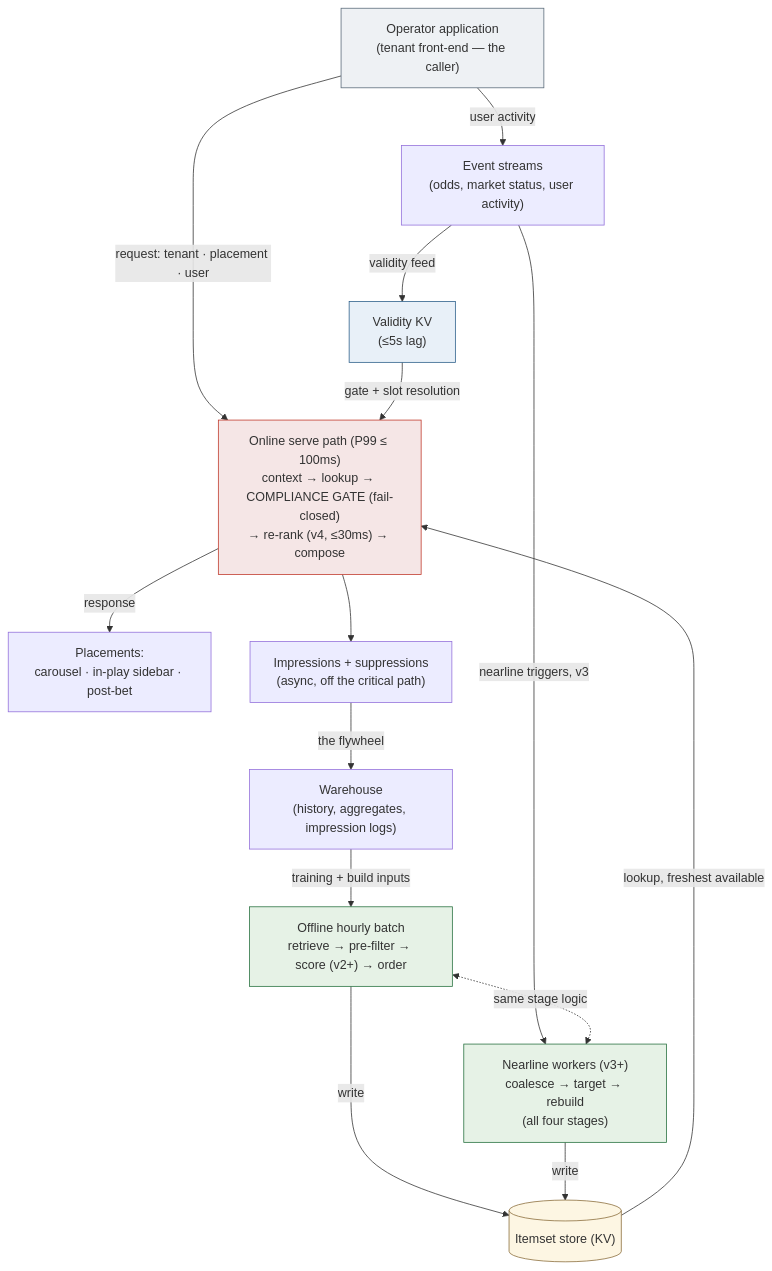
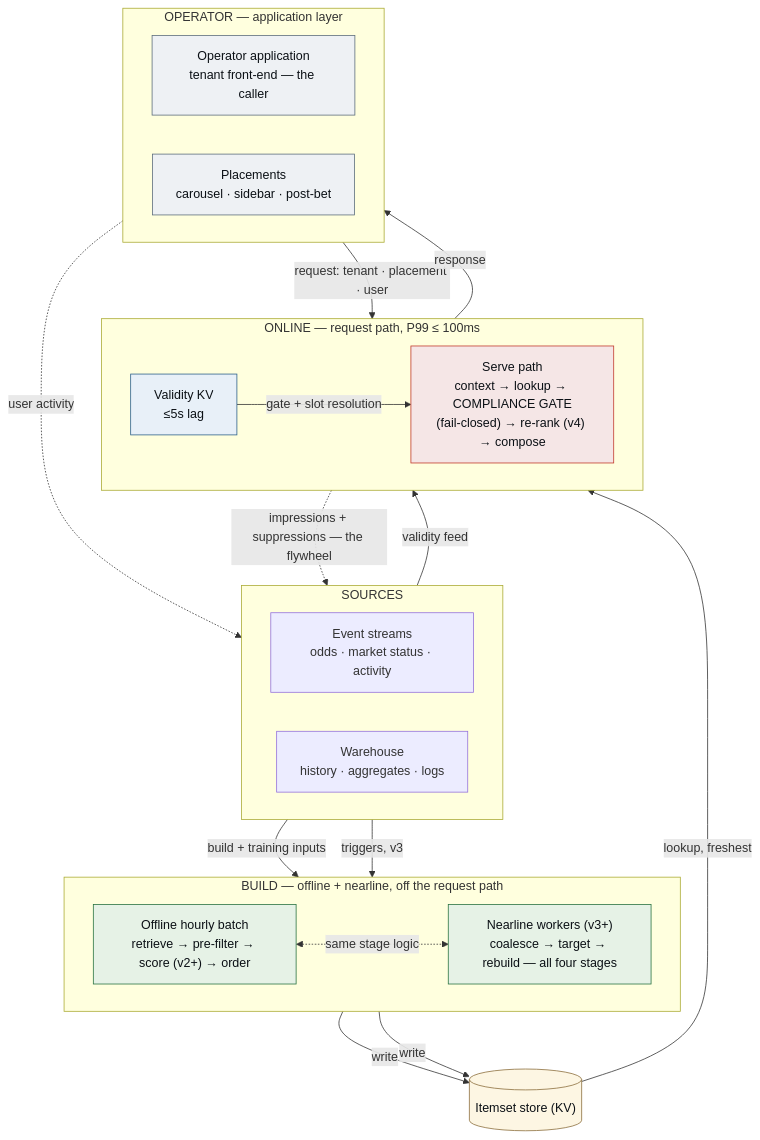
Before and after one commit to nickleomartin/whizdom-ai-interview: the diagram in design.md, drawn with Mermaid.

Commit message:
docs: restructure mermaid diagram with tier subgraphs
Auto-layout had tangled after adding the operator node - build side
at the bottom, store dangling, light fills unreadable on the dark
theme. Subgraphs now play the role of the tier bands (sources / build
/ online / operator, top to bottom), feedback edges (user activity,
flywheel) are dashed returns, impressions became an edge label instead
of a node, and every colored node sets explicit dark text.

Claude-Session: https://claude.ai/code/session_01VLvFdLMsymcBTKQSczVfJt

````diff
--- a/design.md
+++ b/design.md
@@ -140,34 +140,52 @@
 ```mermaid
 flowchart TB
-    APP["Operator application<br/>(tenant front-end — the caller)"]
-    ES["Event streams<br/>(odds, market status, user activity)"]
-    WH["Warehouse<br/>(history, aggregates, impression logs)"]
-    VKV["Validity KV<br/>(≤5s lag)"]
-    NL["Nearline workers (v3+)<br/>coalesce → target → rebuild<br/>(all four stages)"]
-    OFF["Offline hourly batch<br/>retrieve → pre-filter → score (v2+) → order"]
+    subgraph SRC["SOURCES"]
+        direction LR
+        ES["Event streams<br/>odds · market status · activity"]
+        WH["Warehouse<br/>history · aggregates · logs"]
+    end
+
+    subgraph BUILD["BUILD — offline + nearline, off the request path"]
+        direction LR
+        OFF["Offline hourly batch<br/>retrieve → pre-filter → score (v2+) → order"]
+        NL["Nearline workers (v3+)<br/>coalesce → target → rebuild — all four stages"]
+    end
+
     STORE[("Itemset store (KV)")]
-    SERVE["Online serve path (P99 ≤ 100ms)<br/>context → lookup → COMPLIANCE GATE (fail-closed)<br/>→ re-rank (v4, ≤30ms) → compose"]
-    PL["Placements:<br/>carousel · in-play sidebar · post-bet"]
-    LOG["Impressions + suppressions<br/>(async, off the critical path)"]
 
-    APP -->|user activity| ES
-    APP -->|"request: tenant · placement · user"| SERVE
+    subgraph ON["ONLINE — request path, P99 ≤ 100ms"]
+        direction LR
+        VKV["Validity KV<br/>≤5s lag"]
+        SERVE["Serve path<br/>context → lookup → COMPLIANCE GATE<br/>(fail-closed) → re-rank (v4) → compose"]
+    end
+
+    subgraph OP["OPERATOR — application layer"]
+        direction LR
+        APP["Operator application<br/>tenant front-end — the caller"]
+        PL["Placements<br/>carousel · sidebar · post-bet"]
+    end
+
+    WH -->|build + training inputs| OFF
+    ES -->|triggers, v3| NL
     ES -->|validity feed| VKV
-    ES -->|nearline triggers, v3| NL
-    WH -->|training + build inputs| OFF
     OFF <-.->|same stage logic| NL
     OFF -->|write| STORE
     NL -->|write| STORE
-    STORE -->|lookup, freshest available| SERVE
+    STORE -->|lookup, freshest| SERVE
     VKV -->|gate + slot resolution| SERVE
+    APP -->|"request: tenant · placement · user"| SERVE
     SERVE -->|response| PL
-    SERVE --> LOG
-    LOG -->|the flywheel| WH
+    APP -.->|user activity| ES
+    SERVE -.->|"impressions + suppressions — the flywheel"| WH
 
-    style APP fill:#eef1f4,stroke:#5a6b7a
-    style SERVE fill:#f5e6e6,stroke:#c0392b
-    style VKV fill:#e8f0f8,stroke:#2c5f8a
-    style NL fill:#e6f2e6,stroke:#27713f
-    style OFF fill:#e6f2e6,stroke:#27713f
-    style STORE fill:#fdf6e3,stroke:#8a6d3b
+    classDef built fill:#e6f2e6,stroke:#27713f,color:#0b1015
+    classDef online fill:#f5e6e6,stroke:#c0392b,color:#0b1015
+    classDef kv fill:#e8f0f8,stroke:#2c5f8a,color:#0b1015
+    classDef stor fill:#fdf6e3,stroke:#8a6d3b,color:#0b1015
+    classDef op fill:#eef1f4,stroke:#5a6b7a,color:#0b1015
+    class OFF,NL built
+    class SERVE online
+    class VKV kv
+    class STORE stor
+    class APP,PL op
 ```
````
